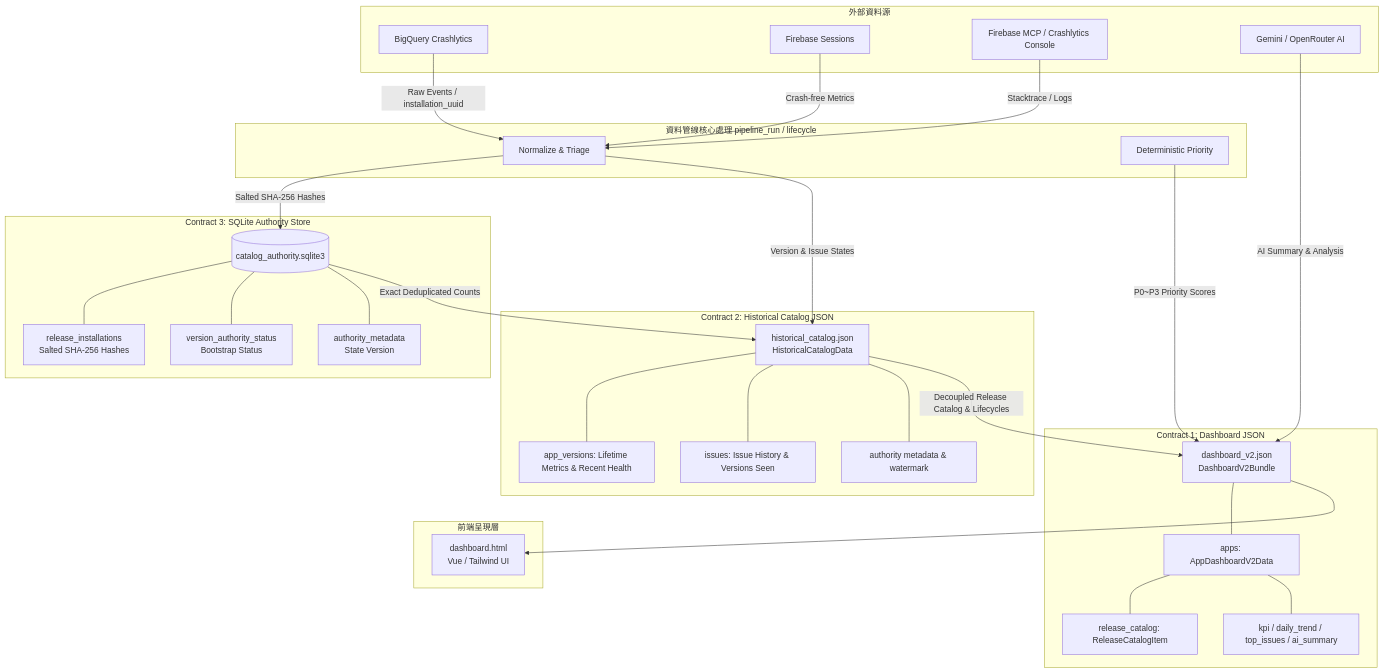
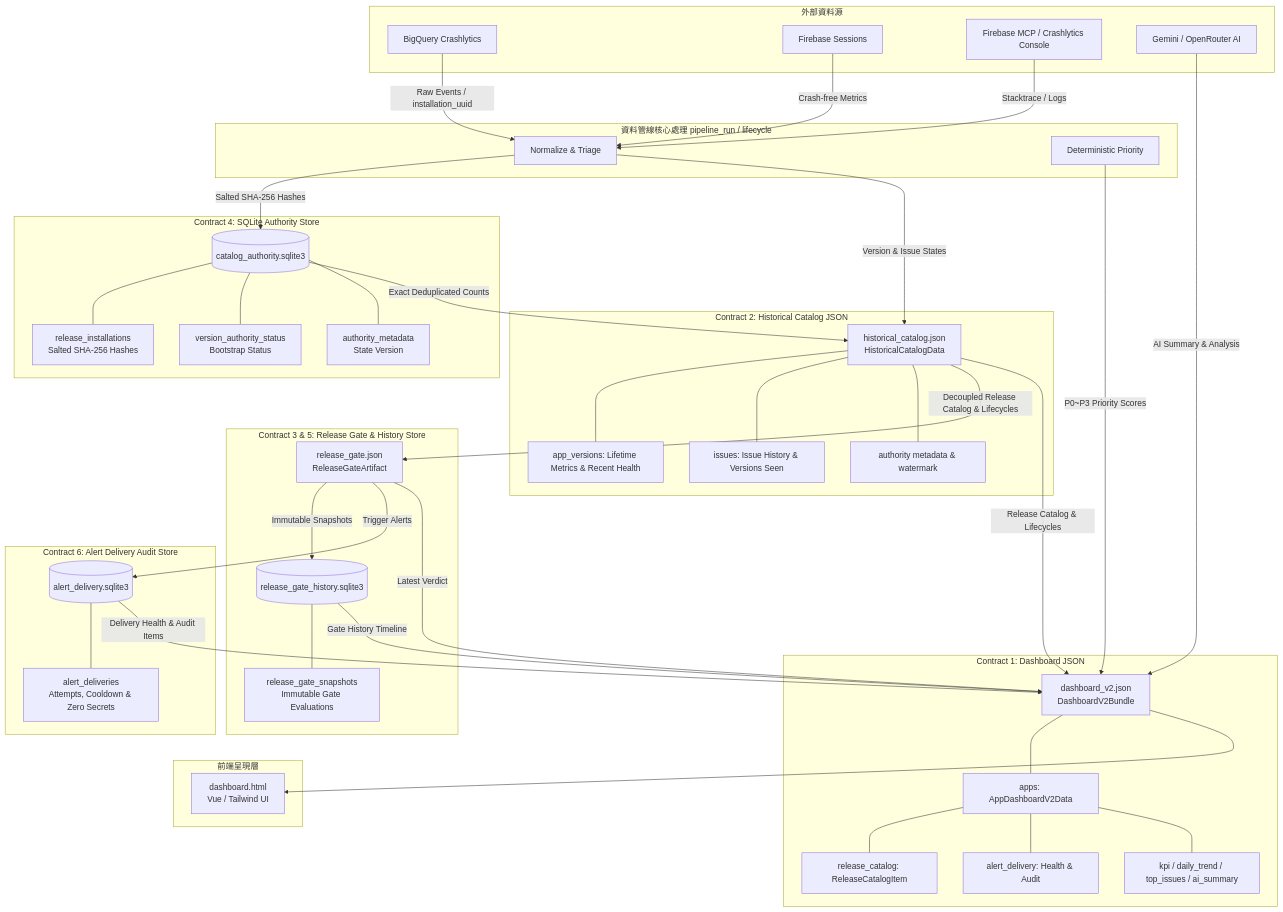
Before and after one commit to qpalzm963/crash-trend: the first of 3 diagrams in docs/dashboard_v2_schema.md, drawn with Mermaid. The commit also changed other lines of this file and 7 other files, not shown here.

First line of the commit message:
docs(v2.7): align contracts, documentation, storage architecture, and cleanup (#65) (#67)

````diff
--- a/docs/dashboard_v2_schema.md
+++ b/docs/dashboard_v2_schema.md
@@ -38,59 +47,80 @@
 ```mermaid
 flowchart TD
     subgraph RawDataSources [外部資料源]
         BQ[BigQuery Crashlytics]
         Sess[Firebase Sessions]
         MCP[Firebase MCP / Crashlytics Console]
         AI[Gemini / OpenRouter AI]
     end
 
     subgraph PipelineCore [資料管線核心處理 pipeline_run / lifecycle]
         Norm[Normalize & Triage]
         Prio[Deterministic Priority]
     end
 
-    subgraph AuthorityContract [Contract 3: SQLite Authority Store]
+    subgraph AuthorityContract [Contract 4: SQLite Authority Store]
         DB[(catalog_authority.sqlite3)]
         DB_Inst[release_installations\nSalted SHA-256 Hashes]
         DB_Stat[version_authority_status\nBootstrap Status]
         DB_Meta[authority_metadata\nState Version]
         DB --- DB_Inst
         DB --- DB_Stat
         DB --- DB_Meta
     end
 
     subgraph HistoricalContract [Contract 2: Historical Catalog JSON]
         CatJSON[historical_catalog.json\nHistoricalCatalogData]
         Cat_Ver[app_versions: Lifetime Metrics & Recent Health]
         Cat_Iss[issues: Issue History & Versions Seen]
         Cat_Meta[authority metadata & watermark]
         CatJSON --- Cat_Ver
         CatJSON --- Cat_Iss
         CatJSON --- Cat_Meta
     end
 
+    subgraph GateContract [Contract 3 & 5: Release Gate & History Store]
+        GateJSON[release_gate.json\nReleaseGateArtifact]
+        GateDB[(release_gate_history.sqlite3)]
+        GateDB_Snap[release_gate_snapshots\nImmutable Gate Evaluations]
+        GateDB --- GateDB_Snap
+    end
+
+    subgraph AlertContract [Contract 6: Alert Delivery Audit Store]
+        AlertDB[(alert_delivery.sqlite3)]
+        AlertDB_Rec[alert_deliveries\nAttempts, Cooldown & Zero Secrets]
+        AlertDB --- AlertDB_Rec
+    end
+
     subgraph DashboardContract [Contract 1: Dashboard JSON]
         DashJSON[dashboard_v2.json\nDashboardV2Bundle]
         Dash_Apps[apps: AppDashboardV2Data]
         Dash_Rel[release_catalog: ReleaseCatalogItem]
+        Dash_Alert[alert_delivery: Health & Audit]
         Dash_KPI[kpi / daily_trend / top_issues / ai_summary]
         DashJSON --- Dash_Apps
         Dash_Apps --- Dash_Rel
+        Dash_Apps --- Dash_Alert
         Dash_Apps --- Dash_KPI
     end
 
     subgraph PresentationLayer [前端呈現層]
         UI[dashboard.html\nVue / Tailwind UI]
     end
 
     BQ -->|Raw Events / installation_uuid| Norm
     Sess -->|Crash-free Metrics| Norm
     MCP -->|Stacktrace / Logs| Norm
     Norm -->|Salted SHA-256 Hashes| DB
     DB -->|Exact Deduplicated Counts| CatJSON
     Norm -->|Version & Issue States| CatJSON
-    CatJSON -->|Decoupled Release Catalog & Lifecycles| DashJSON
+    CatJSON -->|Decoupled Release Catalog & Lifecycles| GateJSON
+    GateJSON -->|Immutable Snapshots| GateDB
+    GateJSON -->|Trigger Alerts| AlertDB
+    CatJSON -->|Release Catalog & Lifecycles| DashJSON
+    GateJSON -->|Latest Verdict| DashJSON
+    GateDB -->|Gate History Timeline| DashJSON
+    AlertDB -->|Delivery Health & Audit Items| DashJSON
     AI -->|AI Summary & Analysis| DashJSON
     Prio -->|P0~P3 Priority Scores| DashJSON
     DashJSON --> UI
 ```
````
